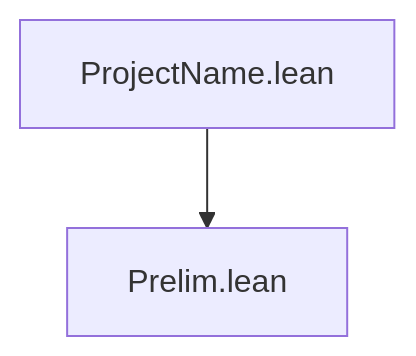
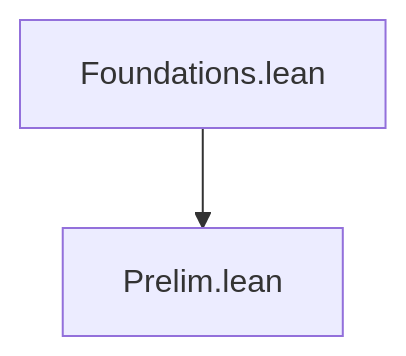
The first of 2 diagrams in DEPENDENCIES.md (julian1c2a/Foundations), drawn with Mermaid before and after one commit. The commit also changed other lines of this file and 15 other files, not shown here.

First line of the commit message:
chore: initialize project as Foundations by Julián Calderón Almendros

````diff
--- a/DEPENDENCIES.md
+++ b/DEPENDENCIES.md
@@ -22,5 +22,5 @@
 ```mermaid
 graph TD
     P[Prelim.lean]
-    Z[ProjectName.lean] --> P
+    Z[Foundations.lean] --> P
 ```
````
